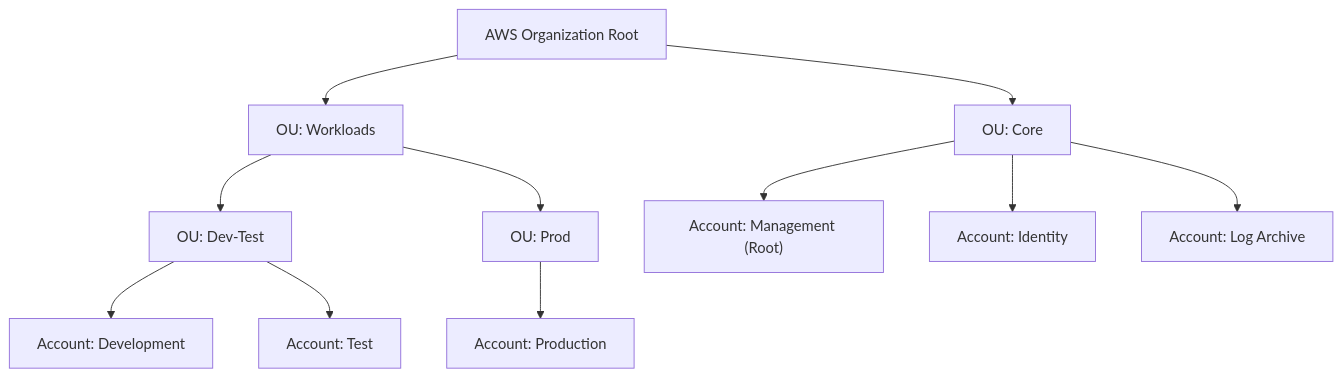
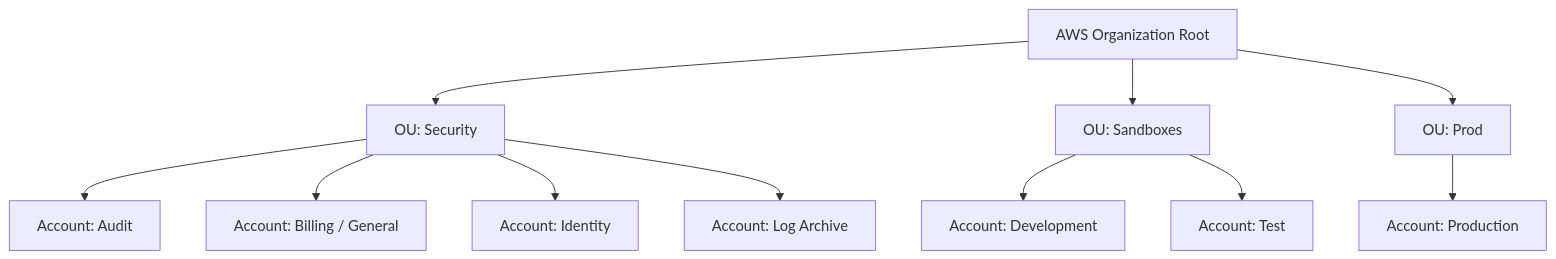
Before and after one commit to poc-playground/setup-aws-organization: the diagram in README.md, drawn with Mermaid. The commit also changed other lines of this file, not shown here.

Commit message:
Modified AWS Organization setup

````diff
--- a/README.md
+++ b/README.md
@@ -138,20 +138,20 @@
 ```mermaid
 graph TD
-  Org["AWS Organization Root"]
+  OrgRoot["AWS Organization Root"]
 
-  Org --> Core["OU: Core"]
-  Org --> Workloads["OU: Workloads"]
+  OrgRoot --> Security["OU: Security"]
+  OrgRoot --> Sandboxes["OU: Sandboxes"]
+  OrgRoot --> Prod["OU: Prod"]
 
-  Workloads --> DevTest["OU: Dev-Test"]
-  Workloads --> Prod["OU: Prod"]
+  Security --> Audit["Account: Audit"]
+  Security --> Billing["Account: Billing / General"]
+  Security --> Identity["Account: Identity"]
+  Security --> LogArchive["Account: Log Archive"]
 
-  %% Core Accounts
-  Core --> Mgmt["Account: Management (Root)"]
-  Core --> Identity["Account: Identity"]
-  Core --> LogArchive["Account: Log Archive"]
+  Sandboxes --> Development["Account: Development"]
+  Sandboxes --> Test["Account: Test"]
 
-  %% Workload Accounts
-  DevTest --> Dev["Account: Development"]
-  DevTest --> Test["Account: Test"]
   Prod --> Production["Account: Production"]
+
+
 ```
````
